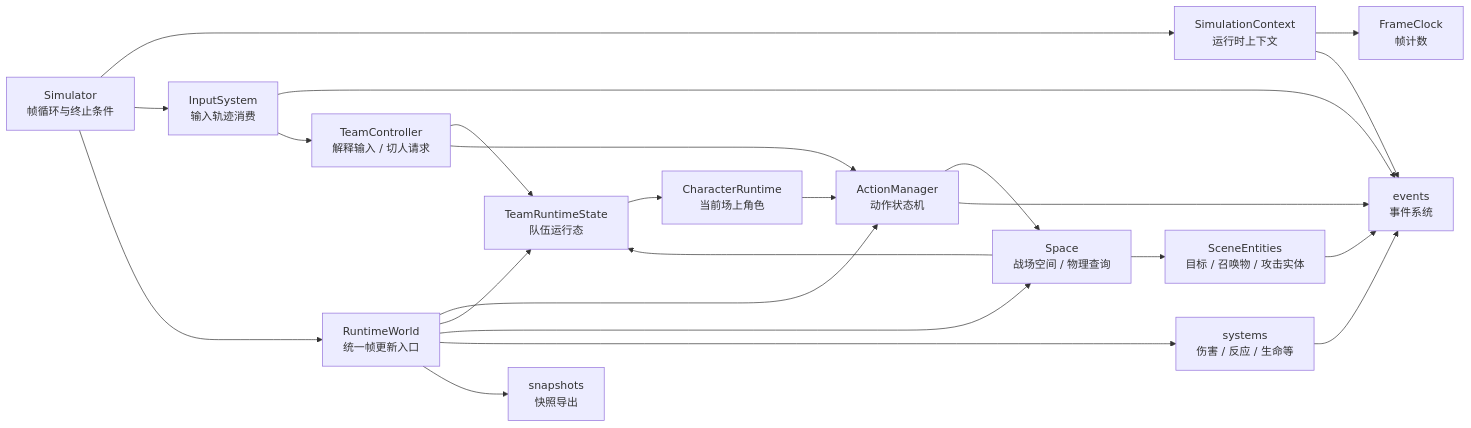
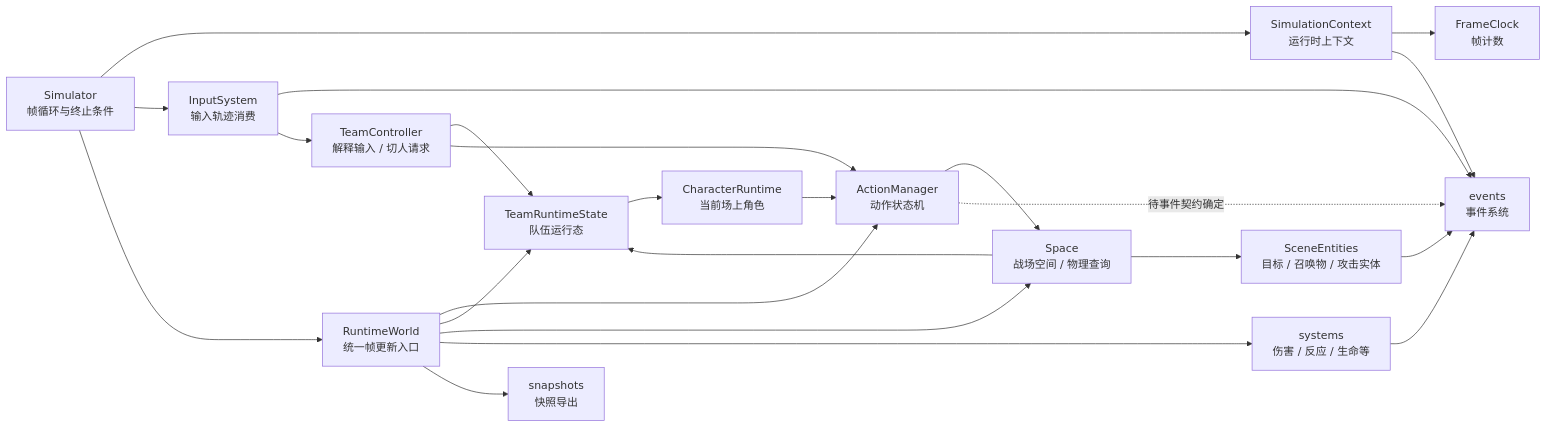
One commit to MCZME/Genshin-Simulation-Lab changed the fourth of 4 diagrams in docs/架构/当前项目架构流程图.md. Above: the diagram before and after it, drawn with Mermaid. The commit also changed other lines of this file and 29 other files, not shown here.

````diff
--- a/docs/架构/当前项目架构流程图.md
+++ b/docs/架构/当前项目架构流程图.md
@@ -113,40 +114,40 @@
 ```mermaid
 flowchart LR
     CTX["SimulationContext<br/>运行时上下文"]
     CLOCK["FrameClock<br/>帧计数"]
     SIM["Simulator<br/>帧循环与终止条件"]
     INPUT_SYS["InputSystem<br/>输入轨迹消费"]
     TEAM_CTRL["TeamController<br/>解释输入 / 切人请求"]
     TEAM_STATE["TeamRuntimeState<br/>队伍运行态"]
     CHAR["CharacterRuntime<br/>当前场上角色"]
     ACTIONS["ActionManager<br/>动作状态机"]
     WORLD["RuntimeWorld<br/>统一帧更新入口"]
     SPACE["Space<br/>战场空间 / 物理查询"]
     SCENE_ENTITIES["SceneEntities<br/>目标 / 召唤物 / 攻击实体"]
     SYSTEMS["systems<br/>伤害 / 反应 / 生命等"]
     EVENTS["events<br/>事件系统"]
     SNAPSHOTS["snapshots<br/>快照导出"]
 
     SIM --> CTX
     CTX --> CLOCK
     CTX --> EVENTS
     SIM --> INPUT_SYS
     INPUT_SYS --> EVENTS
     INPUT_SYS --> TEAM_CTRL
     TEAM_CTRL --> TEAM_STATE
     TEAM_CTRL --> ACTIONS
     TEAM_STATE --> CHAR
     CHAR --> ACTIONS
     ACTIONS --> SPACE
-    ACTIONS --> EVENTS
+    ACTIONS -. "待事件契约确定" .-> EVENTS
     SIM --> WORLD
     WORLD --> ACTIONS
     WORLD --> TEAM_STATE
     WORLD --> SPACE
     WORLD --> SYSTEMS
     WORLD --> SNAPSHOTS
     SPACE --> TEAM_STATE
     SPACE --> SCENE_ENTITIES
     SCENE_ENTITIES --> EVENTS
     SYSTEMS --> EVENTS
 ```
````
